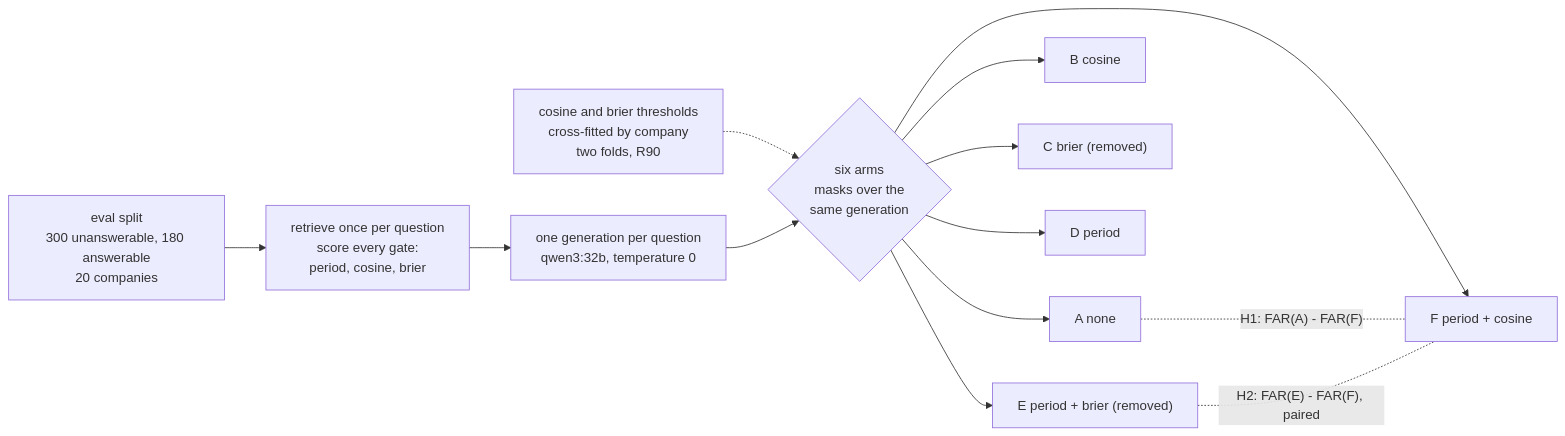
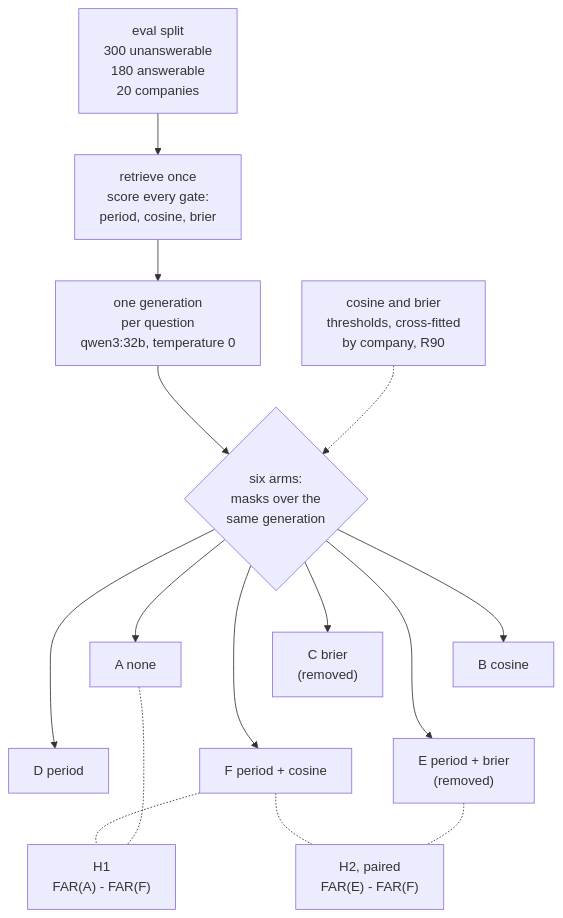
The first of 4 diagrams in README.md (Rodrigo-Palma/edgar-rag), drawn with Mermaid before and after one commit. The commit also changed other lines of this file, not shown here.

Commit message:
docs: lay the pipeline and evaluation diagrams out top-down

````diff
--- a/README.md
+++ b/README.md
@@ -38,15 +38,14 @@
 ```mermaid
-flowchart LR
-  Q["eval split<br/>300 unanswerable, 180 answerable<br/>20 companies"] --> R["retrieve once per question<br/>score every gate:<br/>period, cosine, brier"]
-  T["cosine and brier thresholds<br/>cross-fitted by company<br/>two folds, R90"] -.-> M
-  R --> G["one generation per question<br/>qwen3:32b, temperature 0"]
-  G --> M{"six arms<br/>masks over the<br/>same generation"}
-  M --> A["A none"]
-  M --> B["B cosine"]
-  M --> C["C brier (removed)"]
-  M --> D["D period"]
-  M --> E["E period + brier (removed)"]
-  M --> F["F period + cosine"]
-  A -. "H1: FAR(A) - FAR(F)" .- F
-  E -. "H2: FAR(E) - FAR(F), paired" .- F
+flowchart TD
+  Q["eval split<br/>300 unanswerable<br/>180 answerable<br/>20 companies"] --> R["retrieve once<br/>score every gate:<br/>period, cosine, brier"]
+  R --> G["one generation<br/>per question<br/>qwen3:32b, temperature 0"]
+  T["cosine and brier<br/>thresholds, cross-fitted<br/>by company, R90"] -.-> M
+  G --> M{"six arms:<br/>masks over the<br/>same generation"}
+  M --> A["A none"] & B["B cosine"] & C["C brier<br/>(removed)"]
+  A ~~~ D["D period"]
+  B ~~~ E["E period + brier<br/>(removed)"]
+  C ~~~ F["F period + cosine"]
+  M --> D & E & F
+  A & F -.- H1["H1<br/>FAR(A) - FAR(F)"]
+  E & F -.- H2["H2, paired<br/>FAR(E) - FAR(F)"]
 ```
````
